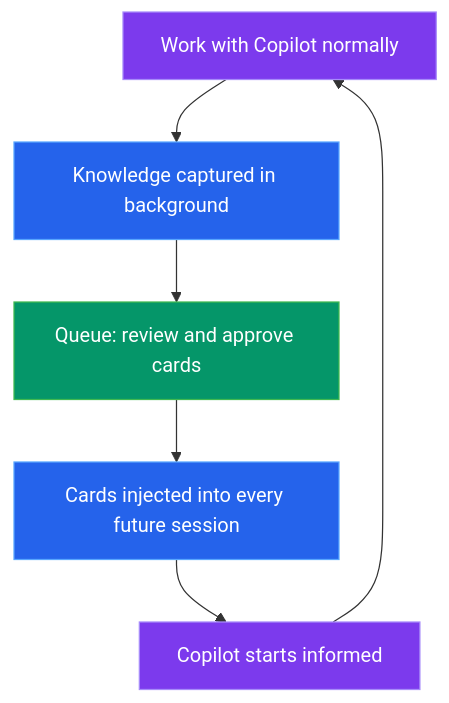
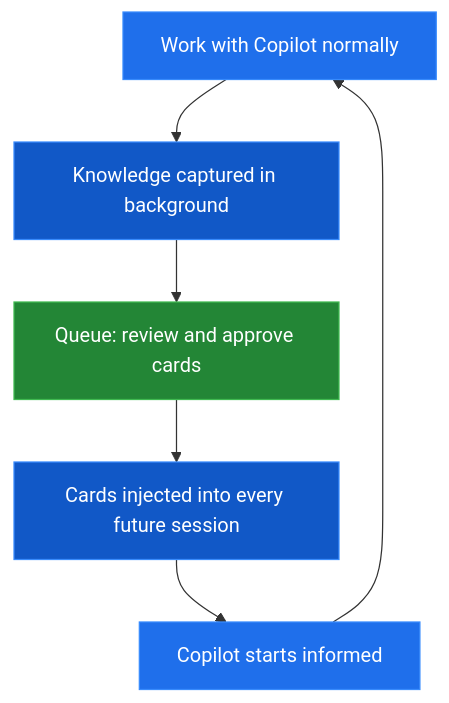
One commit to GittyHarsha/ContextManager changed the diagram in docs/getting-started.md. Above: the diagram before and after it, drawn with Mermaid. The commit also changed other lines of this file and 86 other files, not shown here.

```diff
--- a/docs/getting-started.md
+++ b/docs/getting-started.md
@@ -130,14 +94,14 @@
 <pre class="mermaid">
 graph TD
     A[Work with Copilot normally] --> B[Knowledge captured in background]
     B --> C[Queue: review and approve cards]
     C --> D[Cards injected into every future session]
     D --> E[Copilot starts informed]
     E --> A
 
-    style A fill:#7c3aed,stroke:#a78bfa,color:#fff
-    style B fill:#2563eb,stroke:#58a6ff,color:#fff
-    style C fill:#059669,stroke:#3fb950,color:#fff
-    style D fill:#2563eb,stroke:#58a6ff,color:#fff
-    style E fill:#7c3aed,stroke:#a78bfa,color:#fff
+    style A fill:#1f6feb,stroke:#388bfd,color:#fff
+    style B fill:#1158c7,stroke:#388bfd,color:#fff
+    style C fill:#238636,stroke:#3fb950,color:#fff
+    style D fill:#1158c7,stroke:#388bfd,color:#fff
+    style E fill:#1f6feb,stroke:#388bfd,color:#fff
 </pre>
```
